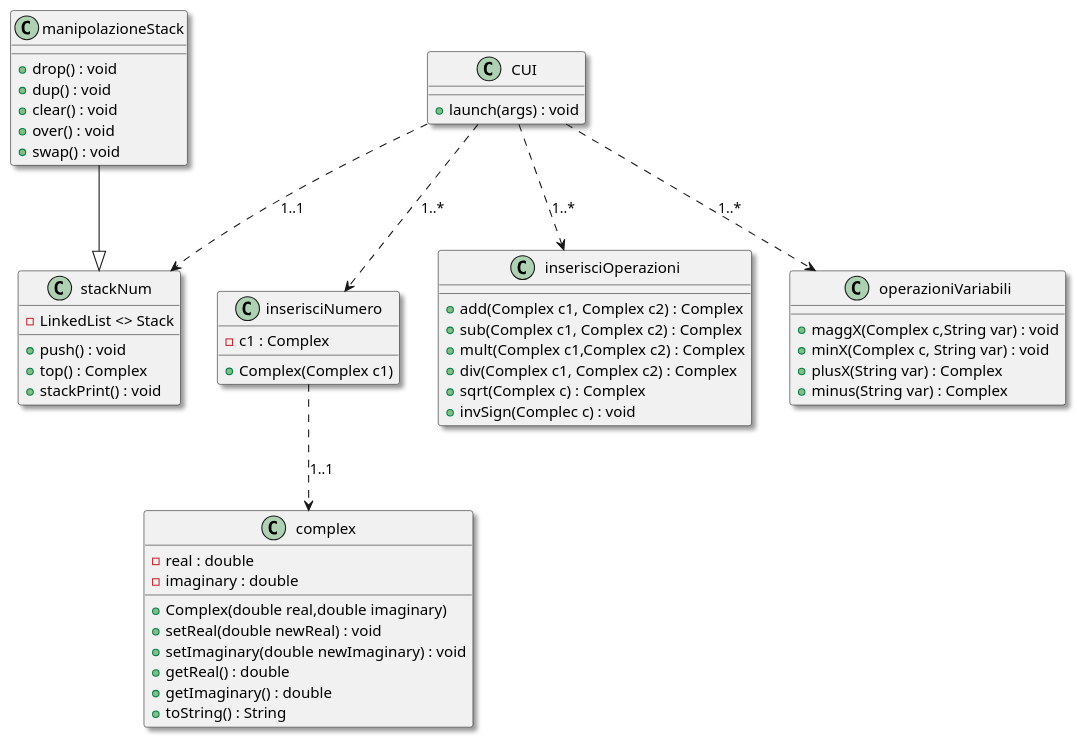
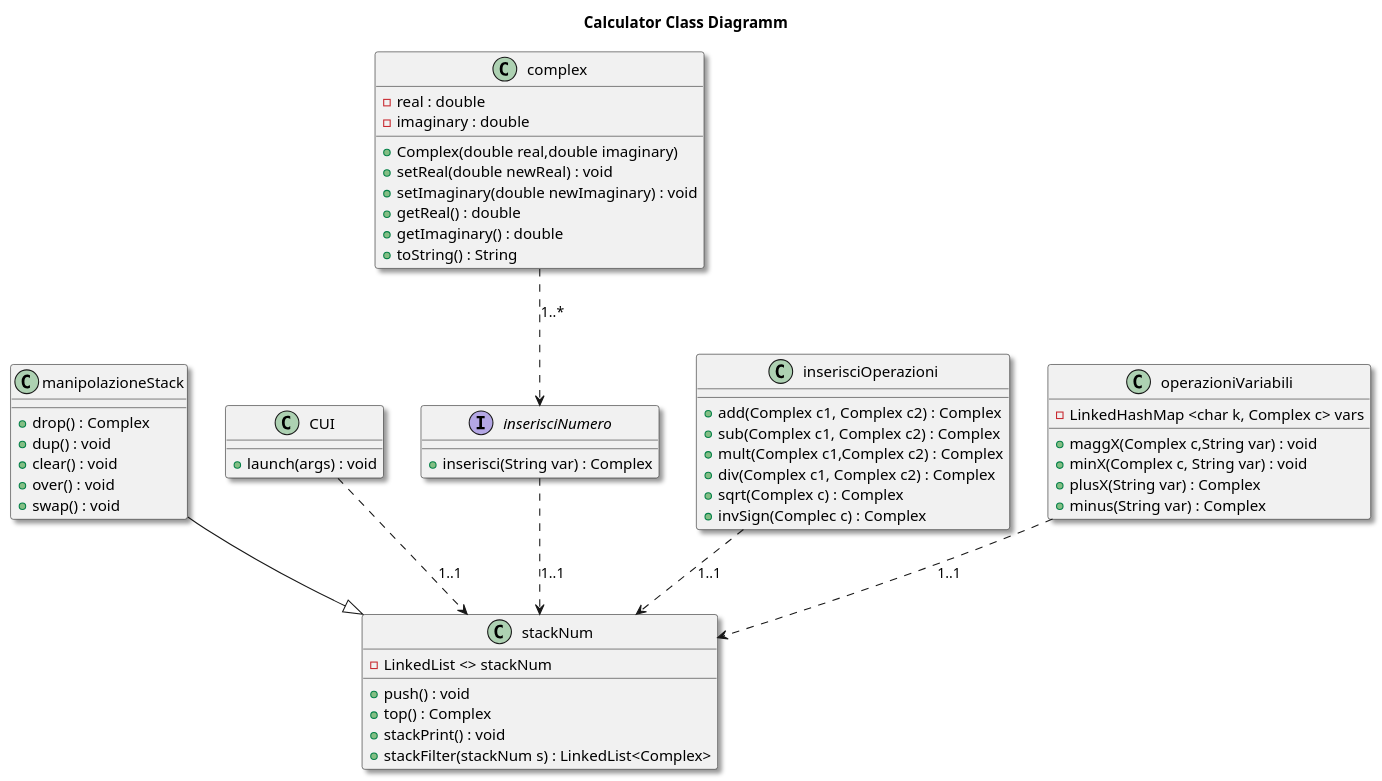
Before and after one commit to LuciaNancyLavista/Gruppo06_software_eng_L.I.V.P: the diagram in CalcolatriceProgrammabile/Class Diagrams/ClassDiagramm.puml, drawn with PlantUML.

Commit message:
Modifica ClassDiagramm
Modificati alcuni nomi e aggiunte le relazioni tra le classi

```diff
--- a/CalcolatriceProgrammabile/Class Diagrams/ClassDiagramm.puml
+++ b/CalcolatriceProgrammabile/Class Diagrams/ClassDiagramm.puml
@@ -1,66 +1,67 @@
 @startuml classDiagramm
 skinparam shadowing true
+title Calculator Class Diagramm 
 
 class stackNum{
-    - LinkedList <> Stack
+    - LinkedList <> stackNum
     + push() : void 
     + top() : Complex
     + stackPrint() : void
+    + stackFilter(stackNum s) : LinkedList<Complex>
 }
 
 class manipolazioneStack{
-    + drop() : void
+    + drop() : Complex
     + dup() : void
     + clear() : void
     + over() : void
     + swap() : void
 }
 
 class CUI{
     + launch(args) : void
 }
 
-class inserisciNumero{
-    - c1 : Complex
-    + Complex(Complex c1)
+interface inserisciNumero{
+    + inserisci(String var) : Complex 
+
 }
 
 class complex{
     - real : double
     - imaginary : double
     + Complex(double real,double imaginary)
     + setReal(double newReal) : void 
     + setImaginary(double newImaginary) : void
     + getReal() : double
     + getImaginary() : double
     + toString() : String
 }
 
 class inserisciOperazioni{
     + add(Complex c1, Complex c2) : Complex
     + sub(Complex c1, Complex c2) : Complex
     + mult(Complex c1,Complex c2) : Complex
     + div(Complex c1, Complex c2) : Complex
     + sqrt(Complex c) : Complex
-    + invSign(Complec c) : void
+    + invSign(Complec c) : Complex
 }
 
 class operazioniVariabili{
+    - LinkedHashMap <char k, Complex c> vars
     + maggX(Complex c,String var) : void
     + minX(Complex c, String var) : void
     + plusX(String var) : Complex
     + minus(String var) : Complex
 }
 
 
-CUI ..> inserisciOperazioni : 1..*
-CUI ..> inserisciNumero : 1..*
-inserisciNumero ..> complex : 1..1
-CUI ..> operazioniVariabili : 1..*
+
 CUI ..> stackNum : 1..1
 manipolazioneStack --|> stackNum
-
-
-
+inserisciNumero ..> stackNum : 1..1
+inserisciOperazioni ..> stackNum : 1..1
+operazioniVariabili ..> stackNum : 1..1
+complex ..> inserisciNumero : 1..*
 
 @enduml
```
